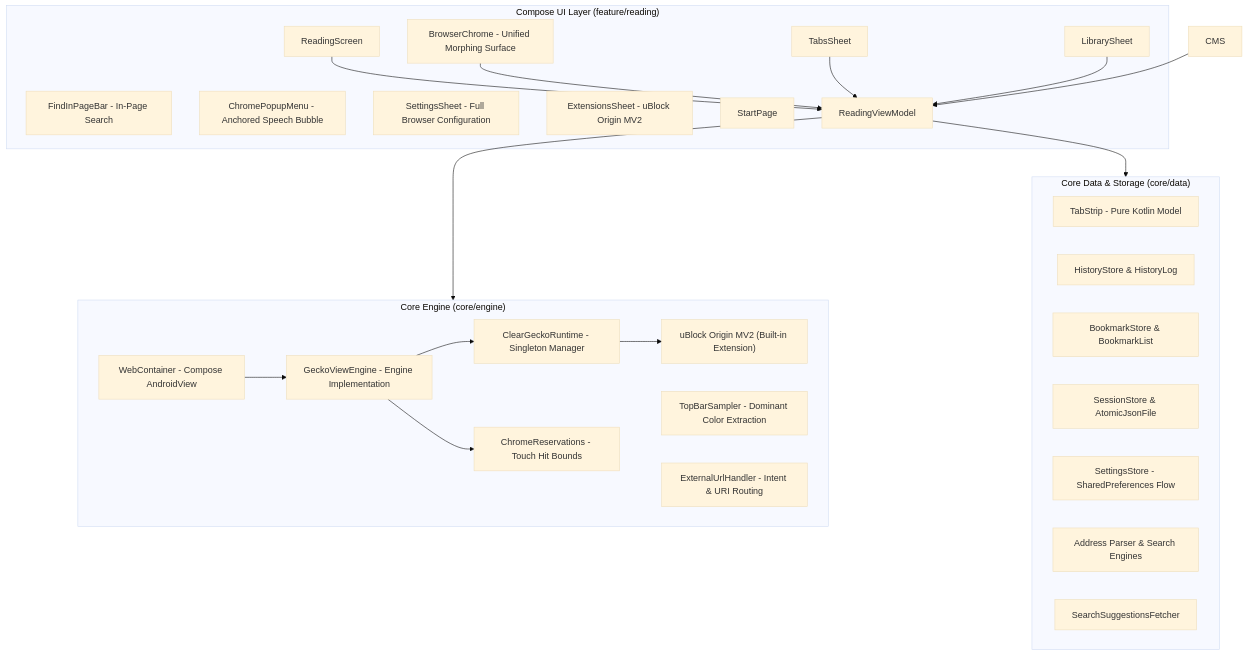
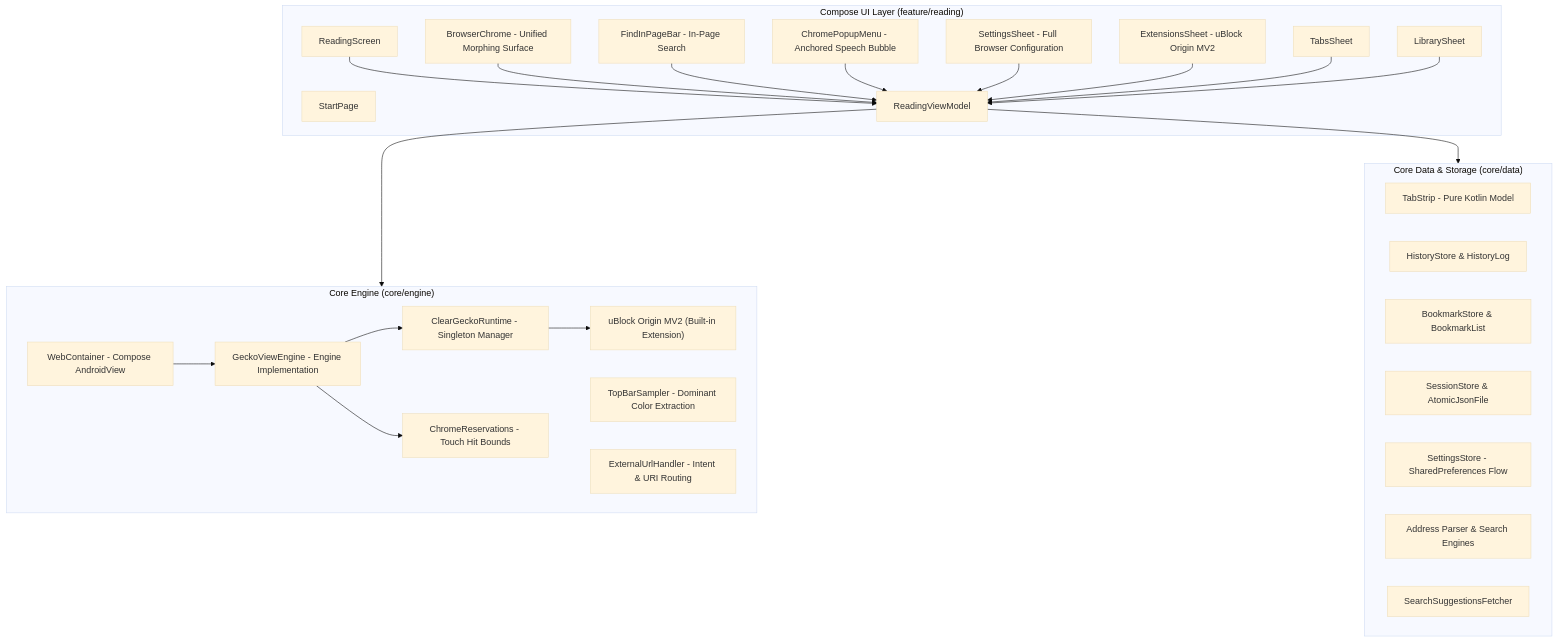
Before and after one commit to vylt-gh/clear-browser: the diagram in README.md, drawn with Mermaid (base theme). The commit also changed other lines of this file and 1 other file, not shown here.

Commit message:
docs: clarify reveal gestures, fix mermaid typo, align compileSdk, add MIT license & privacy disclosure

````diff
--- a/README.md
+++ b/README.md
@@ -120,47 +121,50 @@
 ```mermaid
 flowchart TD
     subgraph UI ["Compose UI Layer (feature/reading)"]
         RS[ReadingScreen]
         BC[BrowserChrome - Unified Morphing Surface]
         FIPB[FindInPageBar - In-Page Search]
         CPM[ChromePopupMenu - Anchored Speech Bubble]
         SS[SettingsSheet - Full Browser Configuration]
         ES[ExtensionsSheet - uBlock Origin MV2]
         TS[TabsSheet]
         LS[LibrarySheet]
         SP[StartPage]
         RVM[ReadingViewModel]
     end
 
     subgraph CoreEngine ["Core Engine (core/engine)"]
         WC[WebContainer - Compose AndroidView]
         GVE[GeckoViewEngine - Engine Implementation]
         CGR[ClearGeckoRuntime - Singleton Manager]
         uBO["uBlock Origin MV2 (Built-in Extension)"]
         TBS[TopBarSampler - Dominant Color Extraction]
         EUH[ExternalUrlHandler - Intent & URI Routing]
         CR[ChromeReservations - Touch Hit Bounds]
     end
 
     subgraph CoreData ["Core Data & Storage (core/data)"]
         TabStrip[TabStrip - Pure Kotlin Model]
         HistStore[HistoryStore & HistoryLog]
         BookStore[BookmarkStore & BookmarkList]
         SessStore[SessionStore & AtomicJsonFile]
         SettStore[SettingsStore - SharedPreferences Flow]
         Addr[Address Parser & Search Engines]
         Sugg[SearchSuggestionsFetcher]
     end
 
     RS --> RVM
     BC --> RVM
-    CMS --> RVM
+    FIPB --> RVM
+    CPM --> RVM
+    SS --> RVM
+    ES --> RVM
     TS --> RVM
     LS --> RVM
     RVM --> CoreEngine
     RVM --> CoreData
     WC --> GVE
     GVE --> CGR
     CGR --> uBO
     GVE --> CR
 ```
````
